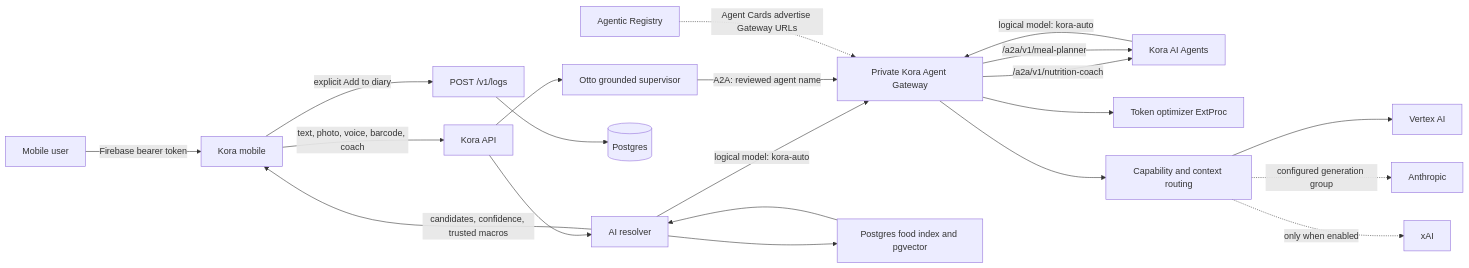
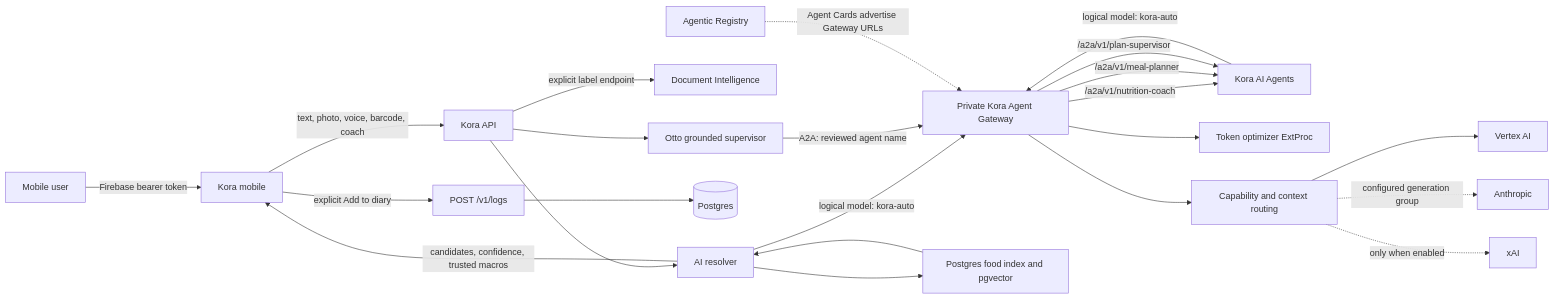
The first of 6 diagrams in docs/architecture/agentic-ai-end-to-end.md (tesserix/kora), drawn with Mermaid before and after one commit. The commit also changed other lines of this file, not shown here.

First line of the commit message:
docs(ai): reconcile architecture with the implemented flows (#585)

````diff
--- a/docs/architecture/agentic-ai-end-to-end.md
+++ b/docs/architecture/agentic-ai-end-to-end.md
@@ -46,28 +46,30 @@
 ```mermaid
 flowchart LR
     U[Mobile user] -->|Firebase bearer token| M[Kora mobile]
     M -->|text, photo, voice, barcode, coach| API[Kora API]
 
     API --> RES[AI resolver]
+    API -->|explicit label endpoint| DI[Document Intelligence]
     API --> OTTO[Otto grounded supervisor]
     RES -->|logical model: kora-auto| GW[Private Kora Agent Gateway]
     OTTO -->|A2A: reviewed agent name| GW
 
     GW -->|/a2a/v1/nutrition-coach| AGENTS[Kora AI Agents]
     GW -->|/a2a/v1/meal-planner| AGENTS
+    GW -->|/a2a/v1/plan-supervisor| AGENTS
     AGENTS -->|logical model: kora-auto| GW
 
     GW --> OPT[Token optimizer ExtProc]
     GW --> ROUTE[Capability and context routing]
     ROUTE --> VERTEX[Vertex AI]
     ROUTE -. configured generation group .-> ANTHROPIC[Anthropic]
     ROUTE -. only when enabled .-> XAI[xAI]
 
     RES --> INDEX[Postgres food index and pgvector]
     INDEX --> RES
     RES -->|candidates, confidence, trusted macros| M
     M -->|explicit Add to diary| LOG[POST /v1/logs]
     LOG --> DB[(Postgres)]
 
     REG[Agentic Registry] -. Agent Cards advertise Gateway URLs .-> GW
 ```
````
